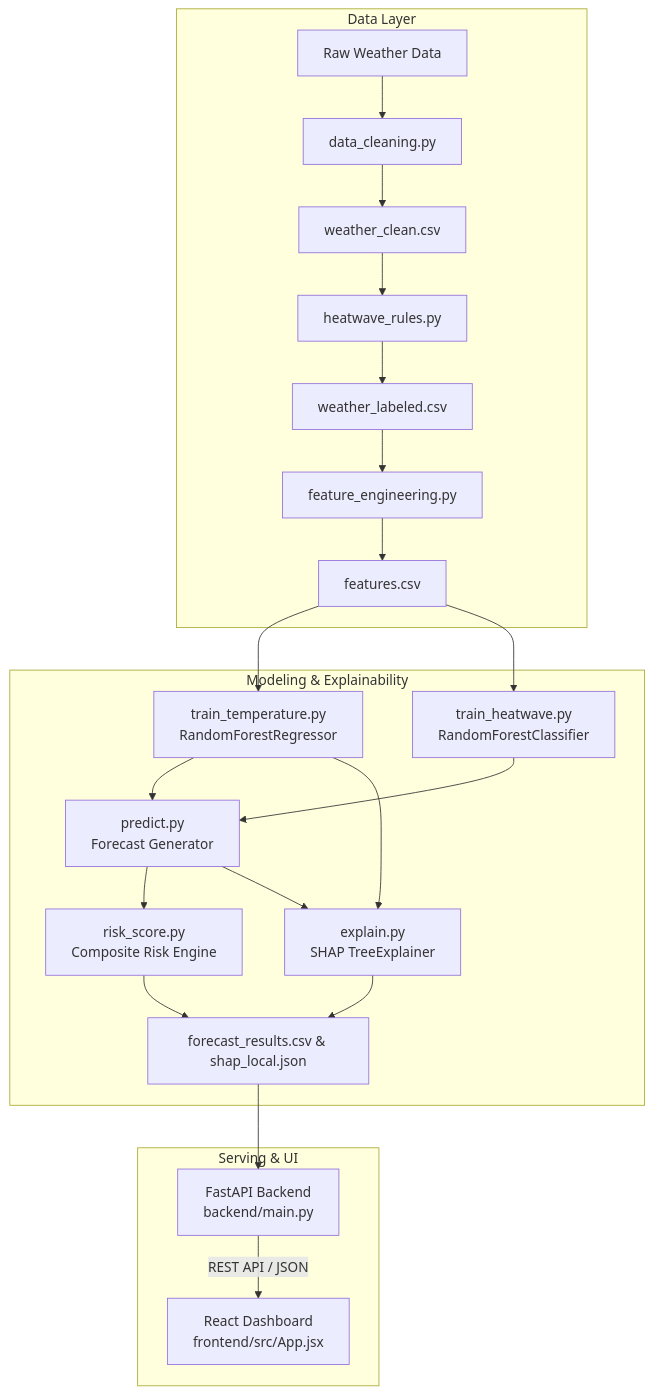
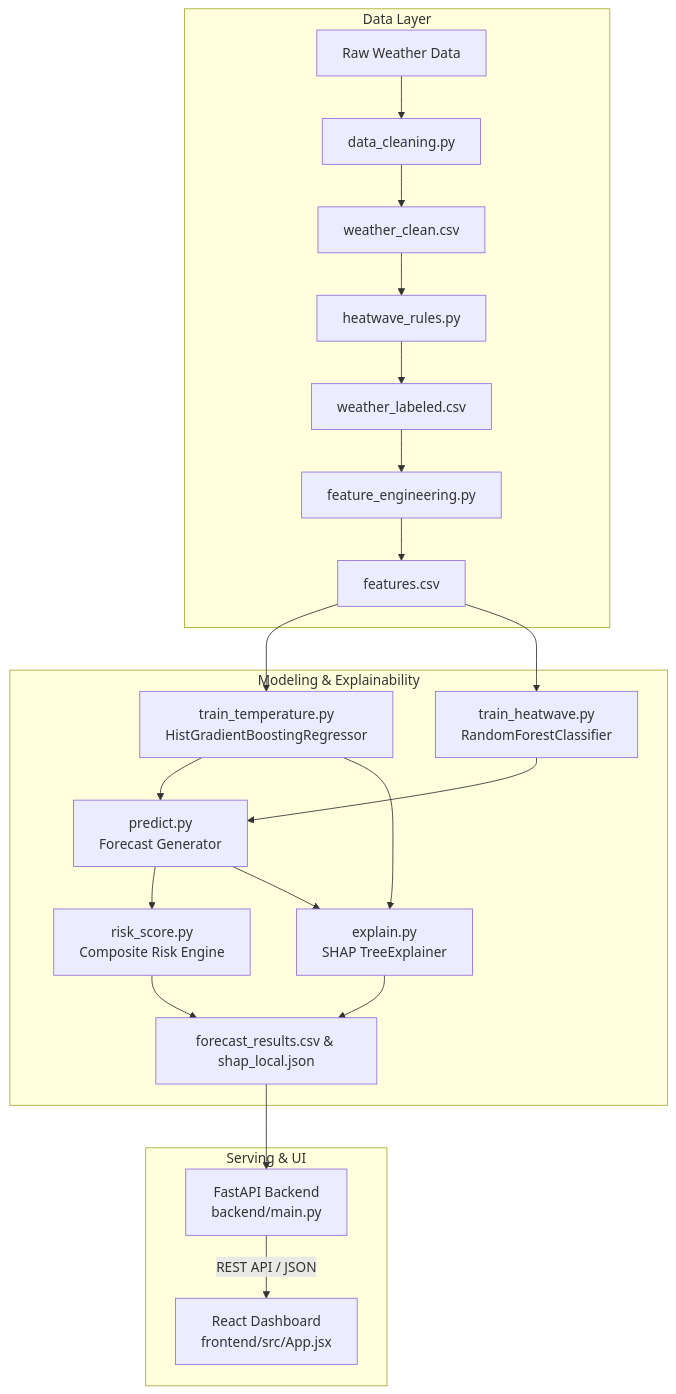
Before and after one commit to Dev-coder21/HeatWatch-AI: the diagram in README.md, drawn with Mermaid. The commit also changed other lines of this file and 27 other files, not shown here.

````diff
--- a/README.md
+++ b/README.md
@@ -72,25 +72,25 @@
 ```mermaid
 flowchart TD
     subgraph Data Layer
         A[Raw Weather Data] --> B[data_cleaning.py]
         B --> C[weather_clean.csv]
         C --> D[heatwave_rules.py]
         D --> E[weather_labeled.csv]
         E --> F[feature_engineering.py]
         F --> G[features.csv]
     end
 
     subgraph Modeling & Explainability
-        G --> H[train_temperature.py<br/>RandomForestRegressor]
+        G --> H[train_temperature.py<br/>HistGradientBoostingRegressor]
         G --> I[train_heatwave.py<br/>RandomForestClassifier]
         H & I --> J[predict.py<br/>Forecast Generator]
         J --> K[risk_score.py<br/>Composite Risk Engine]
         H & J --> L[explain.py<br/>SHAP TreeExplainer]
         K & L --> M[forecast_results.csv & shap_local.json]
     end
 
     subgraph Serving & UI
         M --> N[FastAPI Backend<br/>backend/main.py]
         N -->|REST API / JSON| O[React Dashboard<br/>frontend/src/App.jsx]
     end
 ```
````
